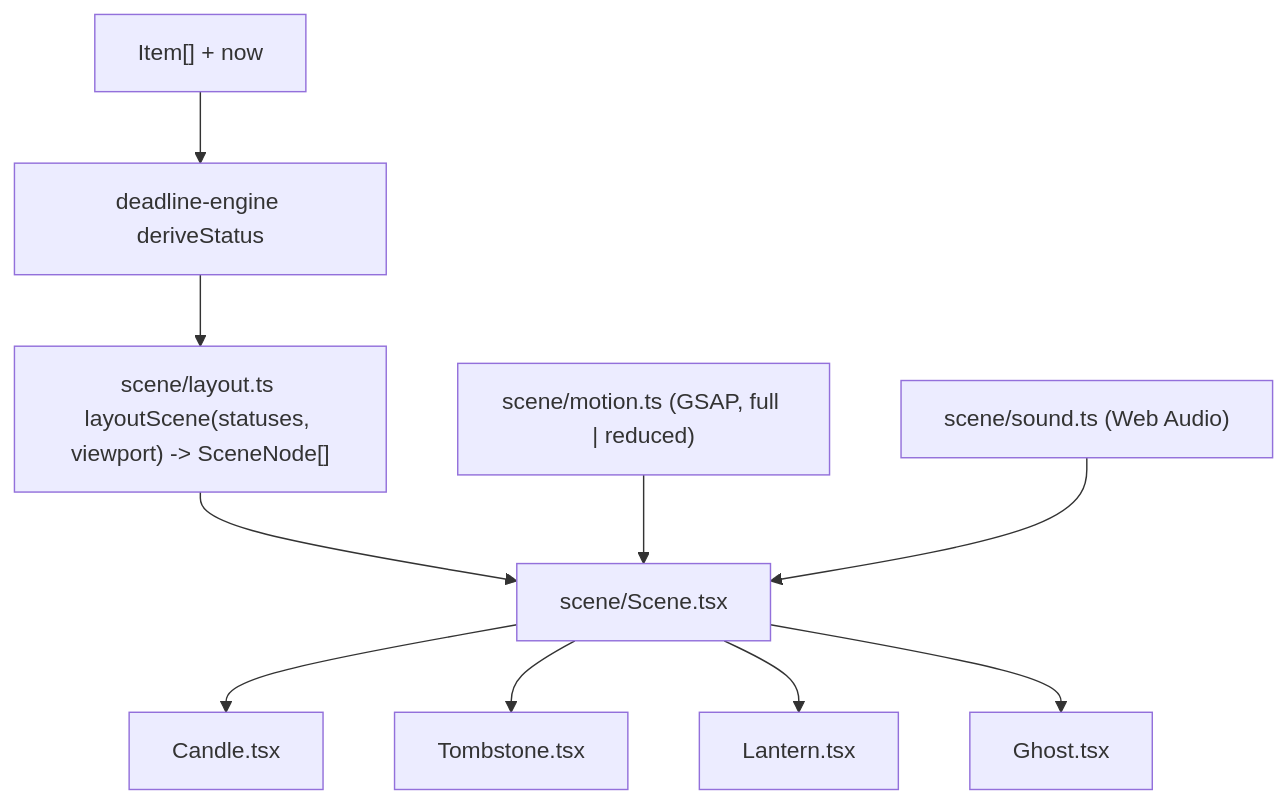
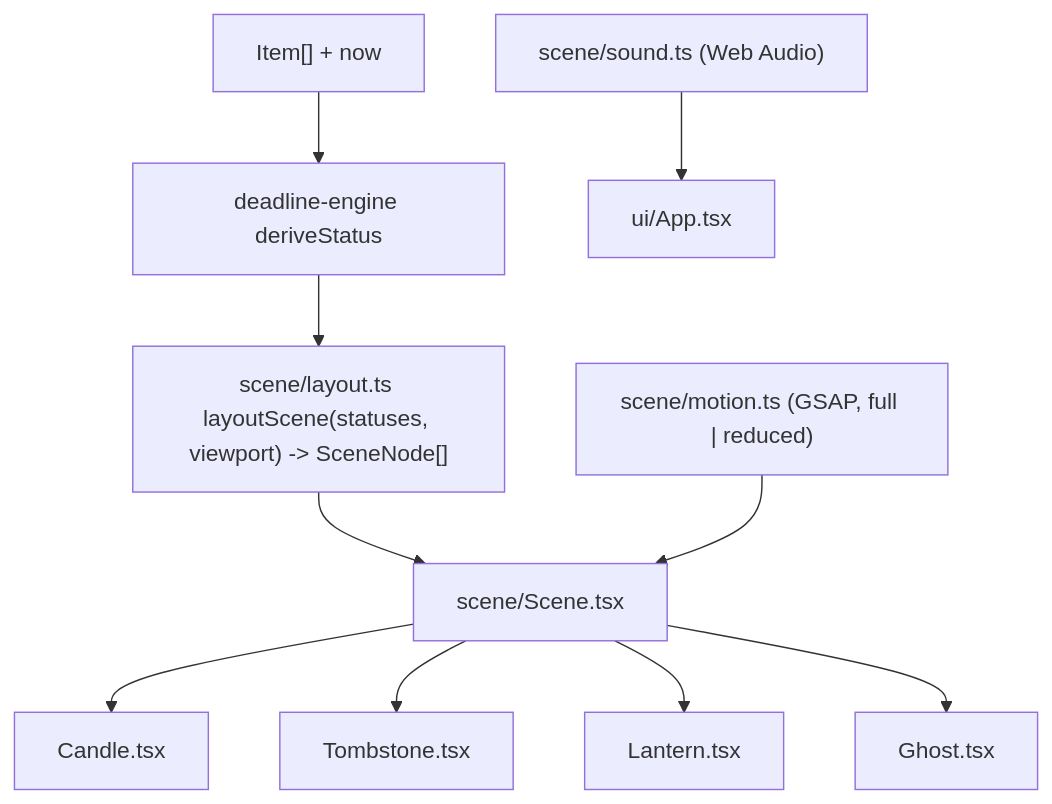
Before and after one commit to himanshu748/deadline-graveyard: the diagram in .kiro/specs/graveyard-scene/design.md, drawn with Mermaid. The commit also changed other lines of this file and 26 other files, not shown here.

First line of the commit message:
feat(scene): moonlit graveyard SVG scene with GSAP and reduced motion

````diff
--- a/.kiro/specs/graveyard-scene/design.md
+++ b/.kiro/specs/graveyard-scene/design.md
@@ -9,12 +9,12 @@
 ```mermaid
 flowchart TB
   Items["Item[] + now"] --> Derive["deadline-engine deriveStatus"]
   Derive --> Layout["scene/layout.ts layoutScene(statuses, viewport) -> SceneNode[]"]
   Layout --> Svg["scene/Scene.tsx"]
   Svg --> Candle["Candle.tsx"]
   Svg --> Stone["Tombstone.tsx"]
   Svg --> Lantern["Lantern.tsx"]
   Svg --> Ghost["Ghost.tsx"]
   Motion["scene/motion.ts (GSAP, full | reduced)"] --> Svg
-  Sound["scene/sound.ts (Web Audio)"] --> Svg
+  Sound["scene/sound.ts (Web Audio)"] --> App["ui/App.tsx"]
 ```
````
